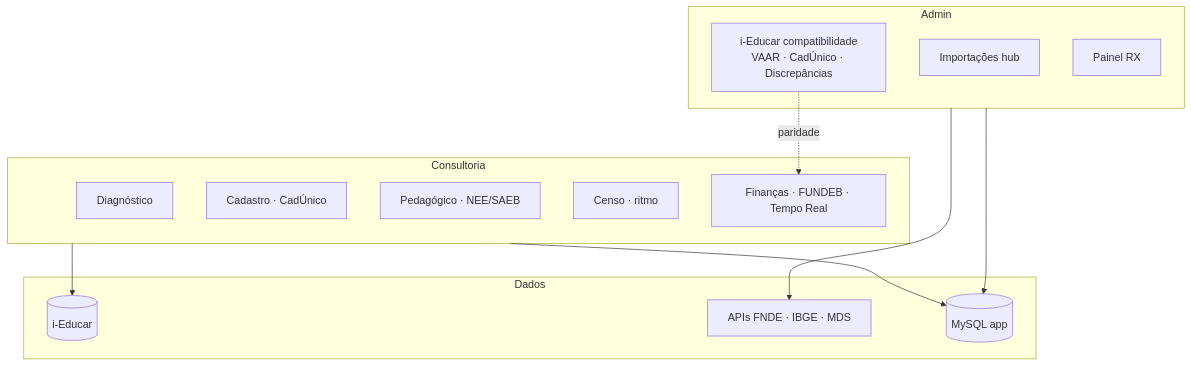
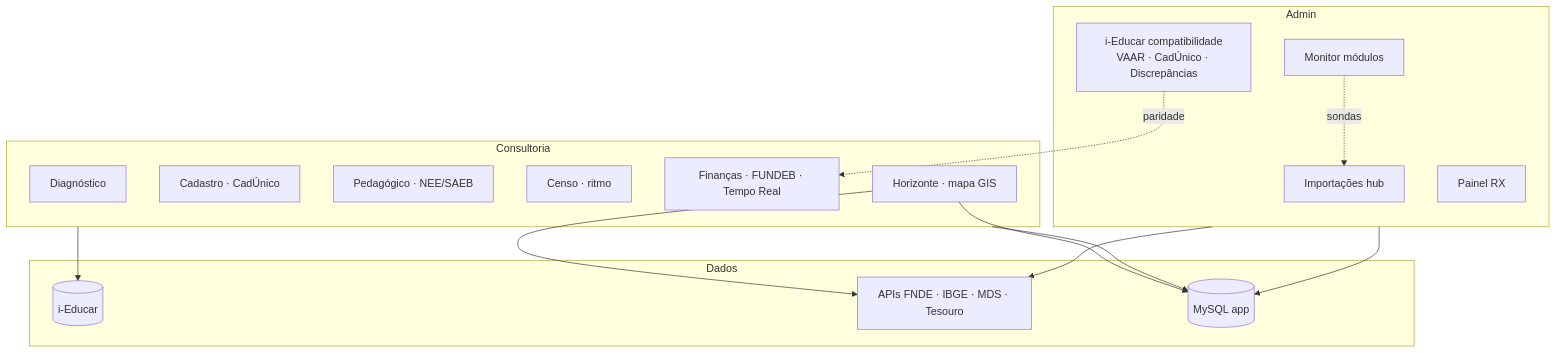
One commit to JaderGabriel/serventec-servlitcys changed the diagram in docs/STATUS_PROJETO.md. Above: the diagram before and after it, drawn with Mermaid. The commit also changed other lines of this file and 200 other files, not shown here.

````diff
--- a/docs/STATUS_PROJETO.md
+++ b/docs/STATUS_PROJETO.md
@@ -13,28 +13,33 @@
 ```mermaid
 flowchart TB
     subgraph Consultoria
         D[Diagnóstico]
         CAD[Cadastro · CadÚnico]
         PED[Pedagógico · NEE/SAEB]
         CEN[Censo · ritmo]
         FIN[Finanças · FUNDEB · Tempo Real]
+        HOR[Horizonte · mapa GIS]
     end
 
     subgraph Admin
         IMP[Importações hub]
         COMP[i-Educar compatibilidade<br/>VAAR · CadÚnico · Discrepâncias]
         RX[Painel RX]
+        Mon[Monitor módulos]
     end
 
     subgraph Dados
         IED[(i-Educar)]
-        PUB[APIs FNDE · IBGE · MDS]
+        PUB[APIs FNDE · IBGE · MDS · Tesouro]
         LOC[(MySQL app)]
     end
 
     Consultoria --> IED
     Consultoria --> LOC
+    HOR --> PUB
+    HOR --> LOC
     Admin --> PUB
     Admin --> LOC
     COMP -.->|paridade| FIN
+    Mon -.->|sondas| IMP
 ```
````
